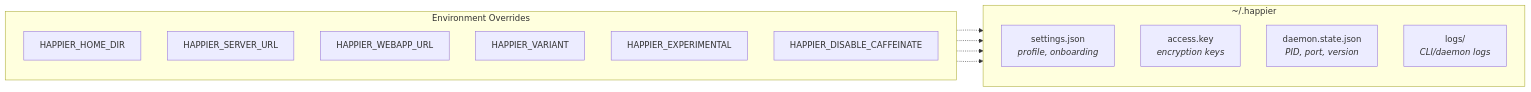
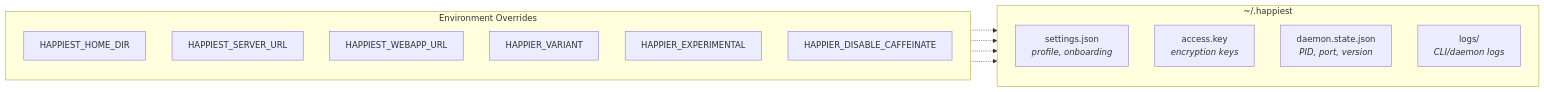
Before and after one commit to ErikaAlk/happiest: the fourth of 13 diagrams in docs/cli-architecture.md, drawn with Mermaid. The commit also changed other lines of this file and 11 other files, not shown here.

````diff
--- a/docs/cli-architecture.md
+++ b/docs/cli-architecture.md
@@ -569,22 +569,22 @@
 ```mermaid
 graph LR
-    subgraph "~/.happier"
+    subgraph "~/.happiest"
         direction TB
         settings["settings.json<br/><i>profile, onboarding</i>"]
         access["access.key<br/><i>encryption keys</i>"]
         daemon["daemon.state.json<br/><i>PID, port, version</i>"]
         logs["logs/<br/><i>CLI/daemon logs</i>"]
     end
 
     subgraph "Environment Overrides"
         direction TB
-        E1[HAPPIER_HOME_DIR]
-        E2[HAPPIER_SERVER_URL]
-        E3[HAPPIER_WEBAPP_URL]
+        E1[HAPPIEST_HOME_DIR]
+        E2[HAPPIEST_SERVER_URL]
+        E3[HAPPIEST_WEBAPP_URL]
         E4[HAPPIER_VARIANT]
         E5[HAPPIER_EXPERIMENTAL]
         E6[HAPPIER_DISABLE_CAFFEINATE]
     end
 
     E1 -.-> settings & access & daemon & logs
 ```
````
